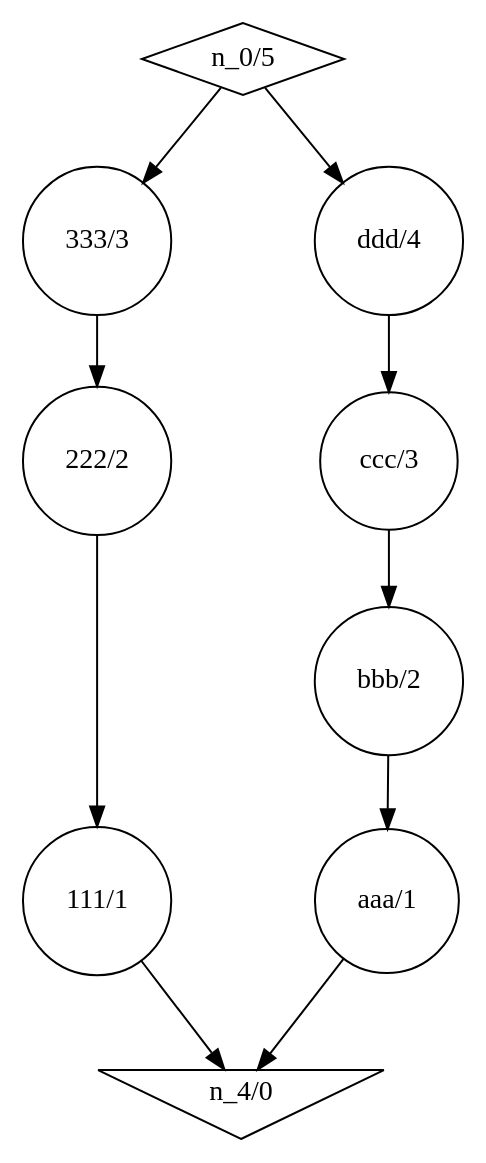
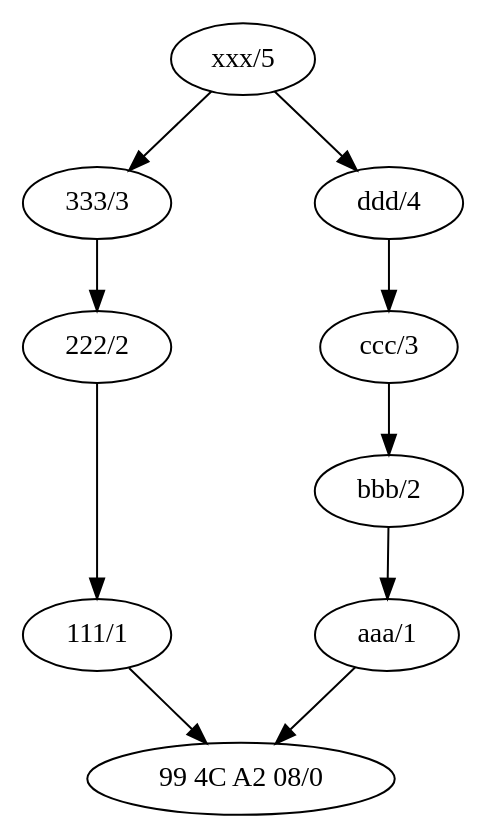
Before and after one commit to fsantanna-no/freechains: the diagram in tst/tst-ac-01.dot, drawn with Graphviz. The commit also changed 6 other files, not shown here.

```diff
--- a/tst/tst-ac-01.dot
+++ b/tst/tst-ac-01.dot
@@ -1,26 +1,26 @@
     digraph graphname {
         //rankdir=LR;  // Rank Direction Left to Right
 
         nodesep=1.0 // increases the separation between nodes
         edge [];
         //splines = true;
 
-        n_4[label="n_4/0", shape=invtriangle];
-n_3[label="111/1", shape=circle];
-n_2[label="222/2", shape=circle];
-n_1[label="333/3", shape=circle];
-n_8[label="aaa/1", shape=circle];
-n_7[label="bbb/2", shape=circle];
-n_6[label="ccc/3", shape=circle];
-n_5[label="ddd/4", shape=circle];
-n_0[label="n_0/5", shape=diamond];
+        n_4[label="99 4C A2 08/0"];
+n_3[label="111/1"];
+n_2[label="222/2"];
+n_1[label="333/3"];
+n_8[label="aaa/1"];
+n_7[label="bbb/2"];
+n_6[label="ccc/3"];
+n_5[label="ddd/4"];
+n_0[label="xxx/5"];
         n_3 -> n_4
 n_2 -> n_3
 n_1 -> n_2
 n_0 -> n_1
 n_8 -> n_4
 n_7 -> n_8
 n_6 -> n_7
 n_5 -> n_6
 n_0 -> n_5
     }
```
